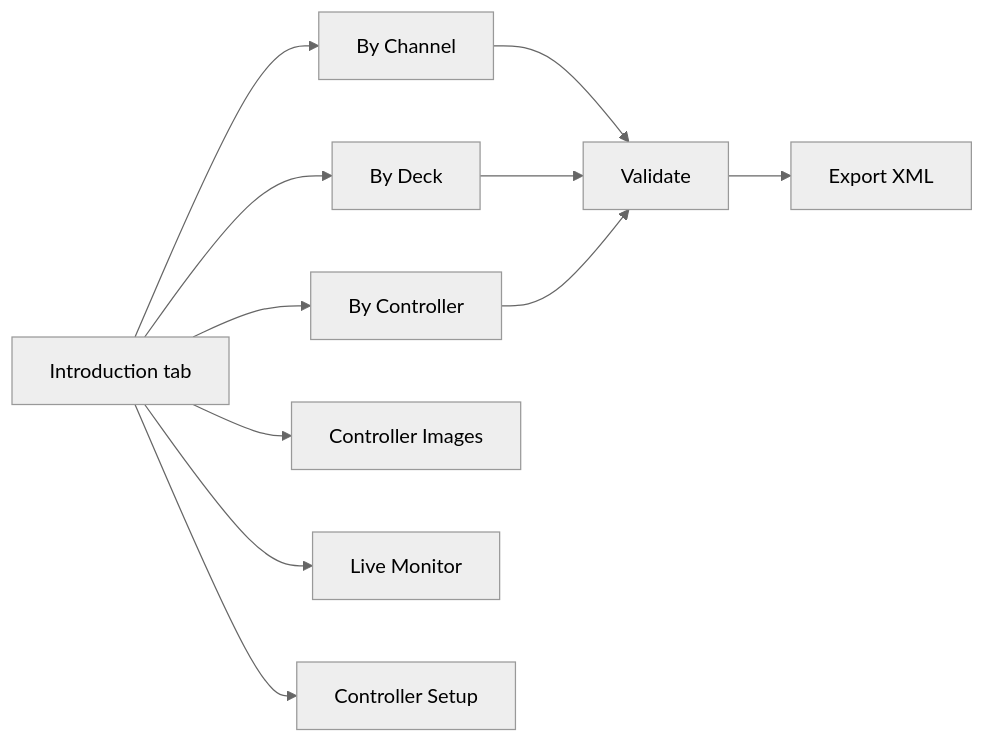
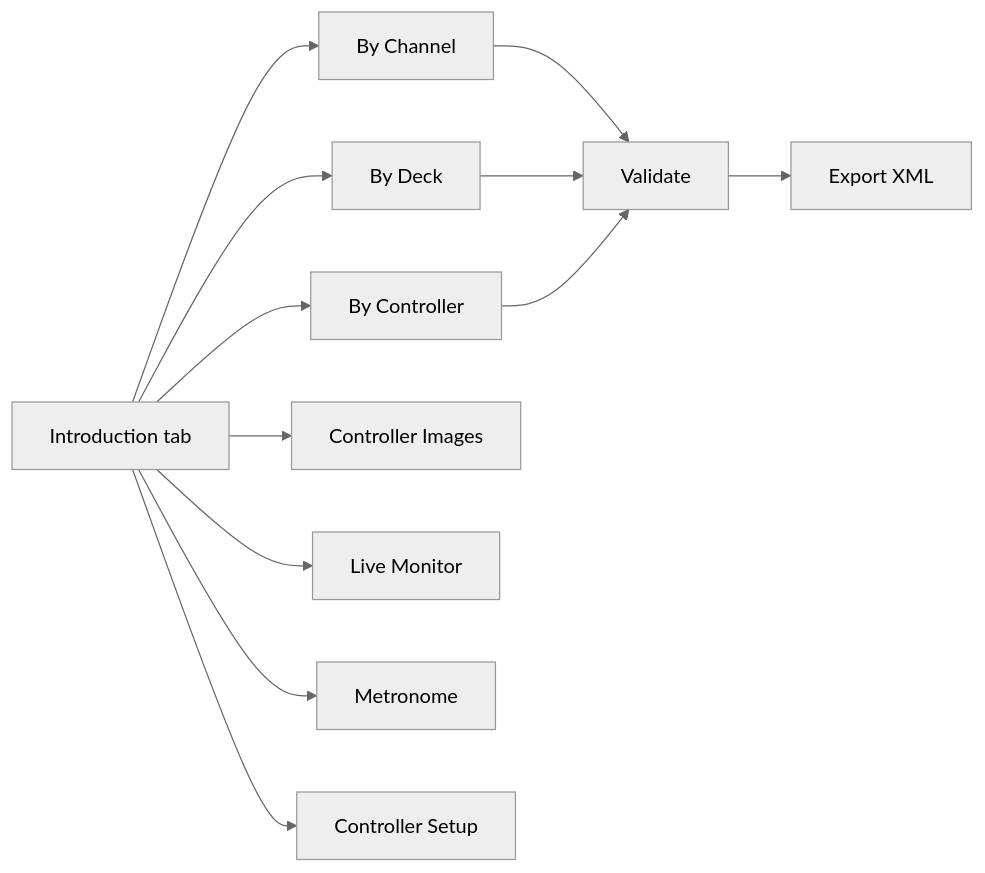
Before and after one commit to guillain/DJ-MIDI-Studio: the diagram in README.md, drawn with Mermaid (neutral theme). The commit also changed other lines of this file and 18 other files, not shown here.

````diff
--- a/README.md
+++ b/README.md
@@ -36,13 +37,14 @@
 ```mermaid
 flowchart LR
 	Intro[Introduction tab] --> Channel[By Channel]
 	Intro --> Deck[By Deck]
 	Intro --> Controller[By Controller]
 	Intro --> Images[Controller Images]
 	Intro --> Monitor[Live Monitor]
+	Intro --> Metro[Metronome]
 	Intro --> Setup[Controller Setup]
 	Channel --> Validate[Validate]
 	Deck --> Validate
 	Controller --> Validate
 	Validate --> Export[Export XML]
 ```
````
